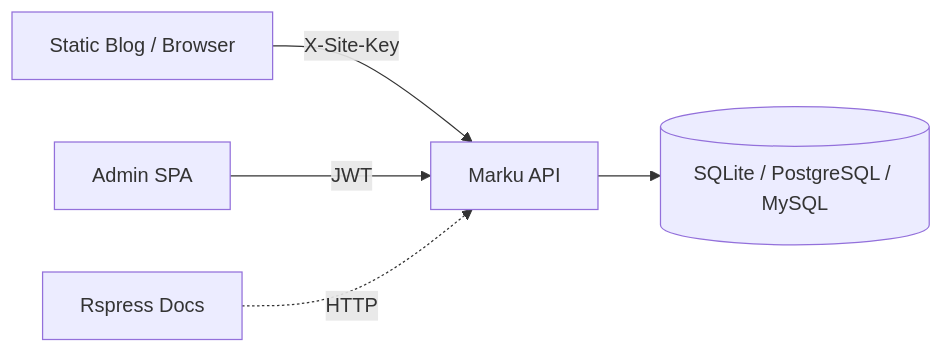
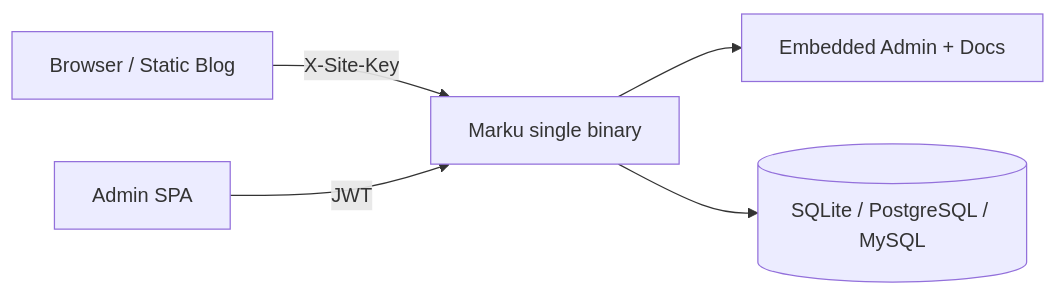
The diagram in README.md (zwying0814/marku), drawn with Mermaid before and after one commit. The commit also changed other lines of this file and 40 other files, not shown here.

Commit message:
feat: embed admin and docs in server binary

````diff
--- a/README.md
+++ b/README.md
@@ -47,7 +47,7 @@
 ```mermaid
 flowchart LR
-    Blog[Static Blog / Browser] -->|X-Site-Key| API[Marku API]
+    Browser[Browser / Static Blog] -->|X-Site-Key| API[Marku single binary]
     Admin[Admin SPA] -->|JWT| API
-    Docs[Rspress Docs] -.->|HTTP| API
+    API --> Assets[Embedded Admin + Docs]
     API --> DB[(SQLite / PostgreSQL / MySQL)]
 ```
````
